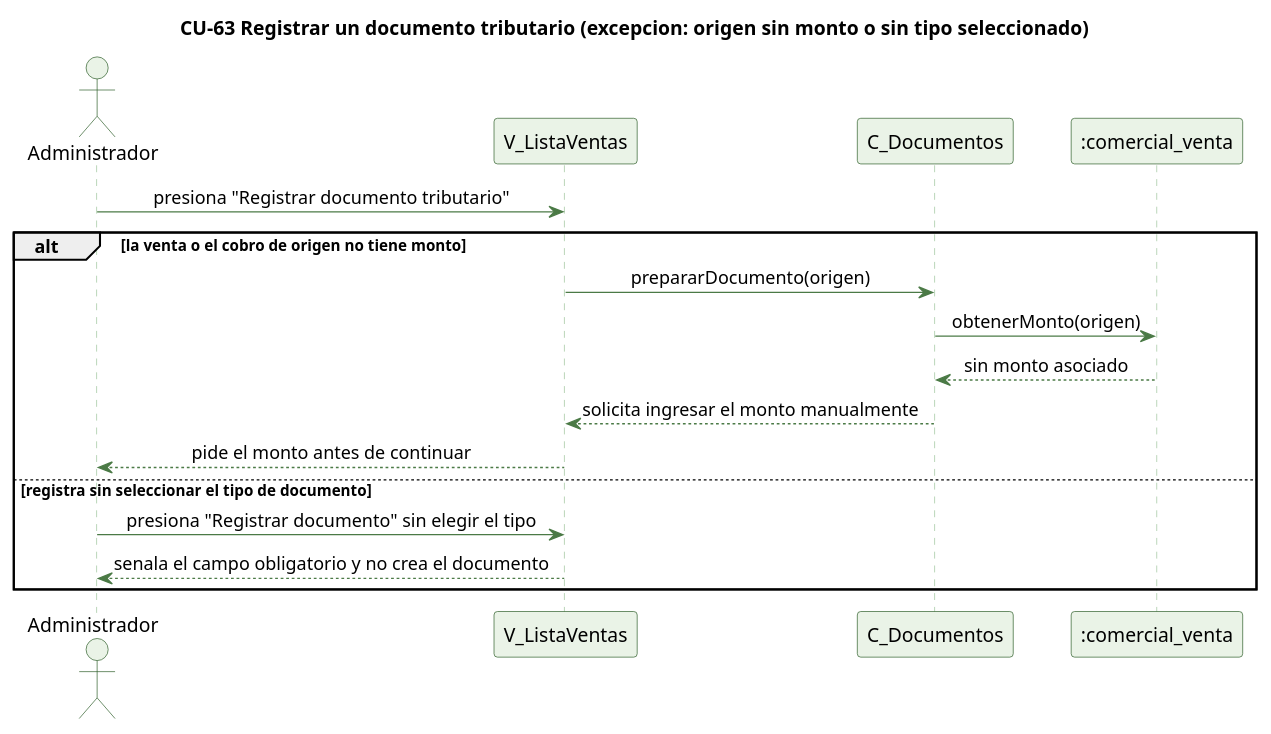
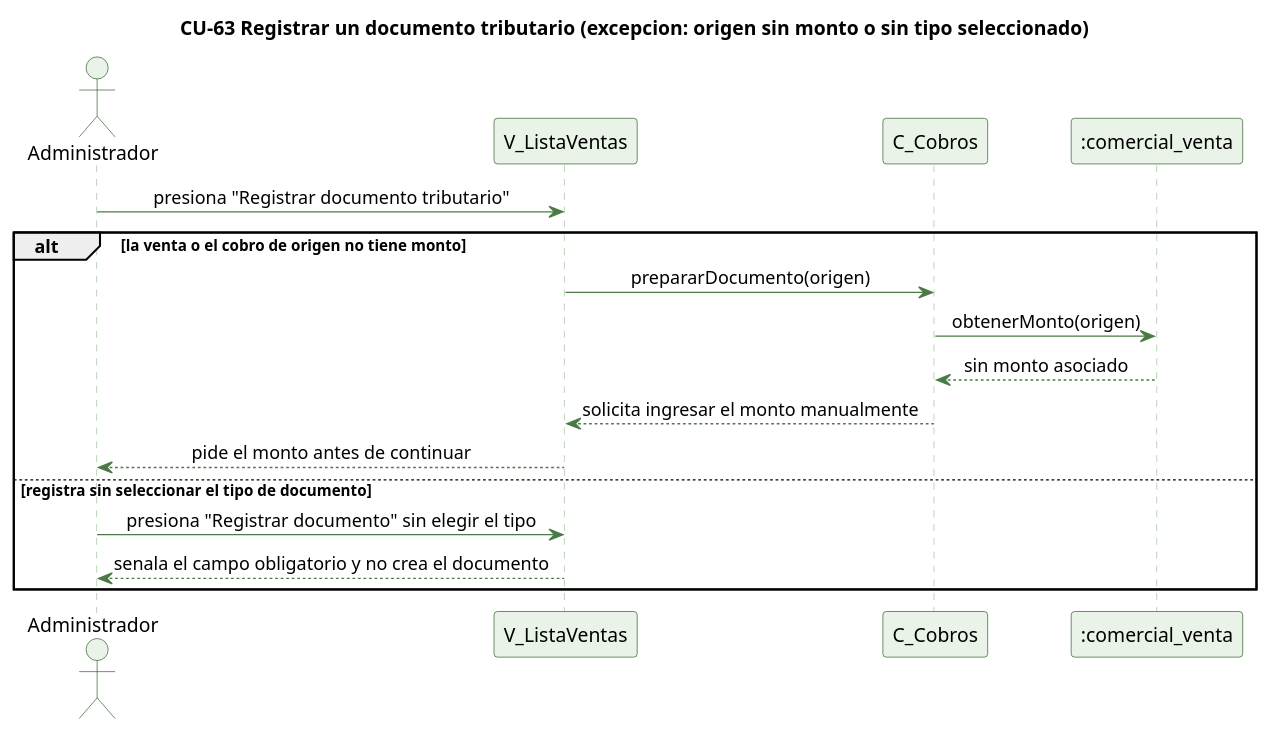
Before and after one commit to kenjikaese/Triverde: the diagram in docs/trabajo-grupal/diagramas/secuencias/cu63-documento-tributario-excepcion.puml, drawn with PlantUML. The commit also changed 101 other files, not shown here.

```diff
--- a/docs/trabajo-grupal/diagramas/secuencias/cu63-documento-tributario-excepcion.puml
+++ b/docs/trabajo-grupal/diagramas/secuencias/cu63-documento-tributario-excepcion.puml
@@ -1,33 +1,33 @@
 @startuml cu63-documento-tributario-excepcion
 ' CU-63 Registrando un documento tributario pendiente - flujo de excepcion
 skinparam backgroundColor #FFFFFF
 skinparam shadowing false
 skinparam defaultFontName Helvetica
 skinparam sequenceMessageAlign center
 skinparam ParticipantBackgroundColor #EAF3E7
 skinparam ParticipantBorderColor #2E5E2A
 skinparam ActorBackgroundColor #EAF3E7
 skinparam ActorBorderColor #2E5E2A
 skinparam sequenceLifeLineBorderColor #9CC49A
 skinparam ArrowColor #4B7A46
 
 title CU-63 Registrar un documento tributario (excepcion: origen sin monto o sin tipo seleccionado)
 
 actor Administrador
 participant "V_ListaVentas" as V
-participant "C_Documentos" as C
+participant "C_Cobros" as C
 participant ":comercial_venta" as VT
 
 Administrador -> V : presiona "Registrar documento tributario"
 alt la venta o el cobro de origen no tiene monto
   V -> C : prepararDocumento(origen)
   C -> VT : obtenerMonto(origen)
   VT --> C : sin monto asociado
   C --> V : solicita ingresar el monto manualmente
   V --> Administrador : pide el monto antes de continuar
 else registra sin seleccionar el tipo de documento
   Administrador -> V : presiona "Registrar documento" sin elegir el tipo
   V --> Administrador : senala el campo obligatorio y no crea el documento
 end
 
 @enduml
```
